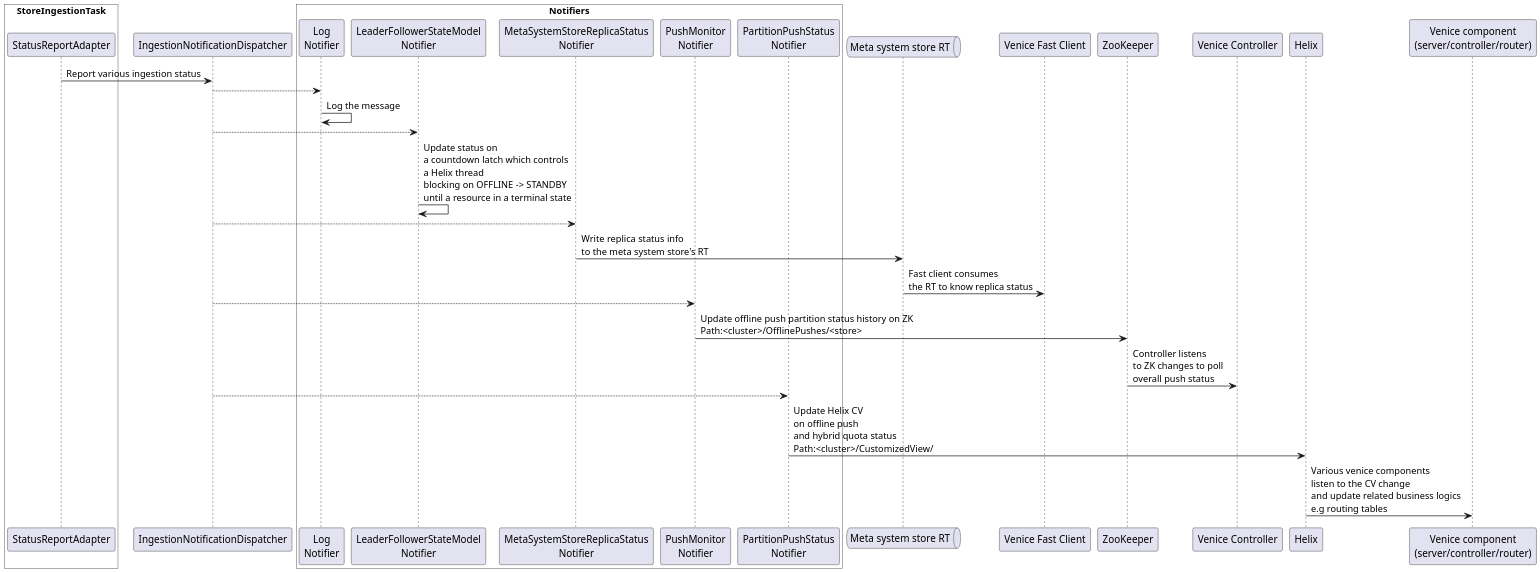
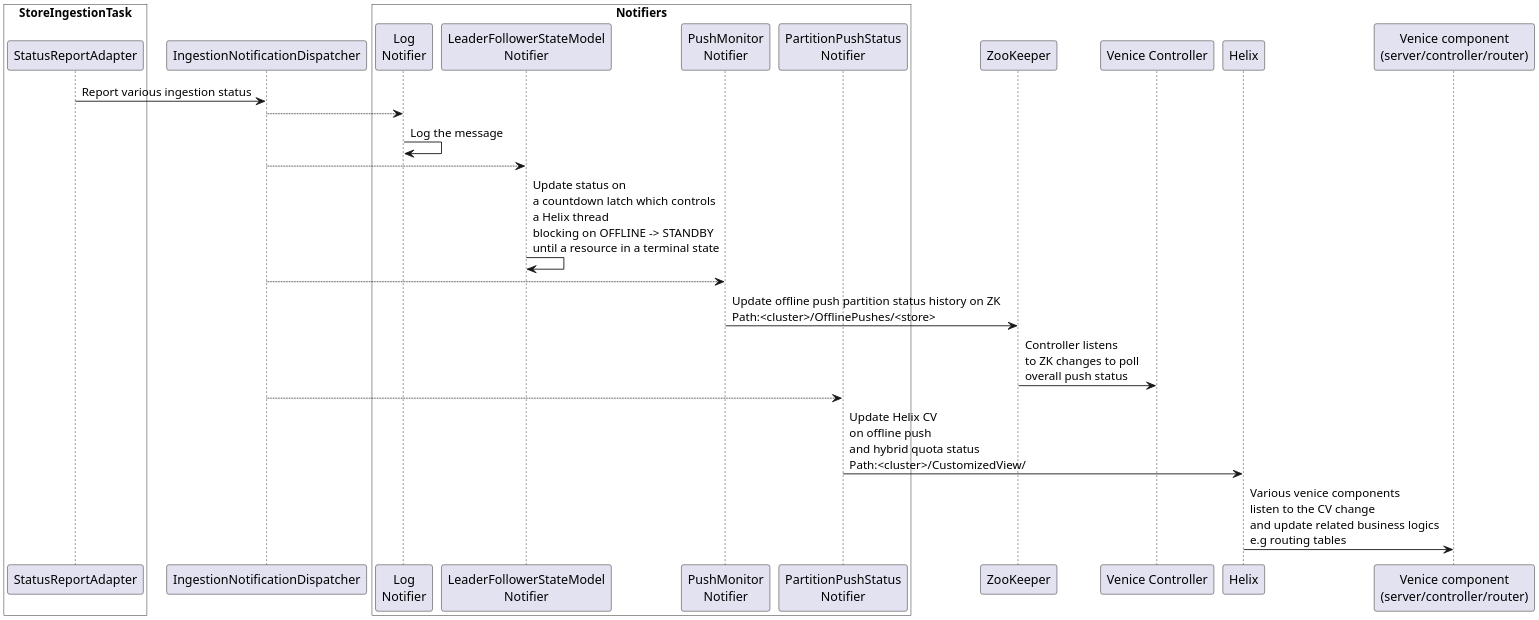
One commit to linkedin/venice changed the diagram in docs/assets/uml/server_ingestion_report.puml. Above: the diagram before and after it, drawn with PlantUML. The commit also changed 5 other files, not shown here.

```diff
--- a/docs/assets/uml/server_ingestion_report.puml
+++ b/docs/assets/uml/server_ingestion_report.puml
@@ -1,46 +1,40 @@
 @startuml
 
 ' ### Description
 ' This diagram describes how the store ingestion task is reporting the status
 ' and how the status signal is consumed by other components
 
 scale 3840*2160
 
 box "StoreIngestionTask" #White
 participant StatusReportAdapter as sra
 end box
 
 participant IngestionNotificationDispatcher as ind
 
 box "Notifiers" #White
 participant "Log\nNotifier" as log
 participant "LeaderFollowerStateModel\nNotifier" as LF
-participant "MetaSystemStoreReplicaStatus\nNotifier" as meta
 participant "PushMonitor\nNotifier" as pmf
 participant "PartitionPushStatus\nNotifier" as ppsn
 end box
 
-queue "Meta system store RT" as RT
 
-participant "Venice Fast Client" as FC
 participant "ZooKeeper" as ZK
 participant "Venice Controller" as controller
 participant "Helix" as helix
 participant "Venice component\n(server/controller/router)" as venice
 sra -> ind:Report various ingestion status
 
 ind --> log
 log -> log:Log the message
 ind --> LF
 LF -> LF:Update status on \na countdown latch which controls \na Helix thread \nblocking on OFFLINE -> STANDBY\nuntil a resource in a terminal state
-ind --> meta
-meta -> RT:Write replica status info \nto the meta system store's RT
-RT -> FC:Fast client consumes \nthe RT to know replica status
 ind --> pmf
 pmf -> ZK:Update offline push partition status history on ZK \nPath:<cluster>/OfflinePushes/<store>
 ZK -> controller:Controller listens \nto ZK changes to poll \noverall push status
 ind --> ppsn
 ppsn -> helix:Update Helix CV \non offline push \nand hybrid quota status \nPath:<cluster>/CustomizedView/
 helix -> venice:Various venice components \nlisten to the CV change \nand update related business logics\ne.g routing tables
 
 @enduml
```
